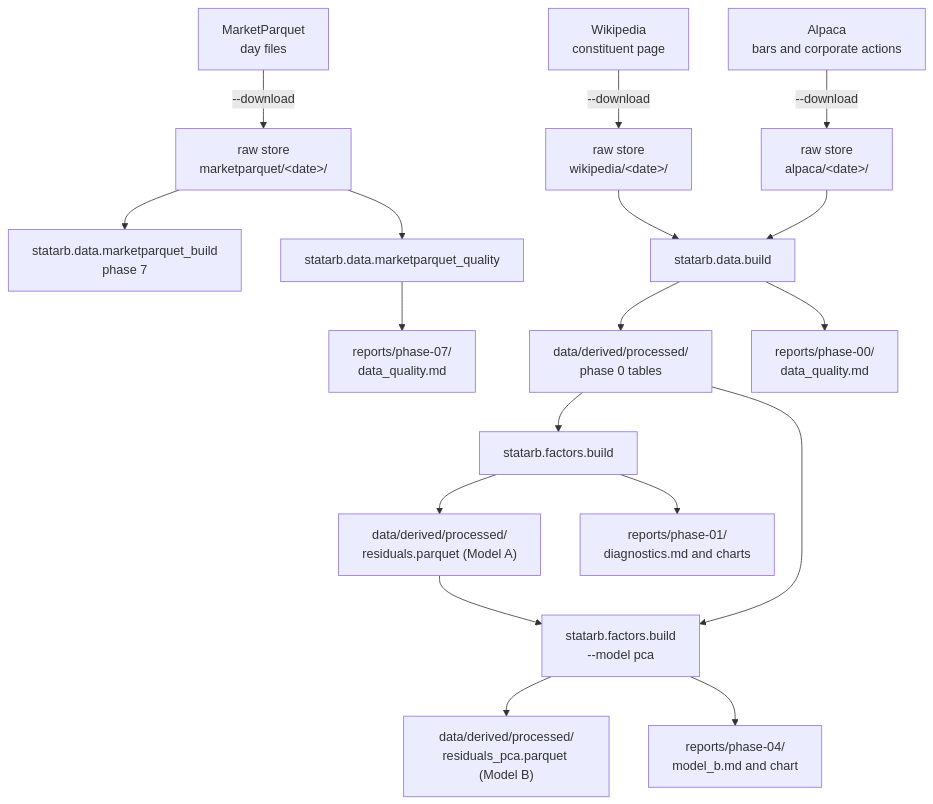
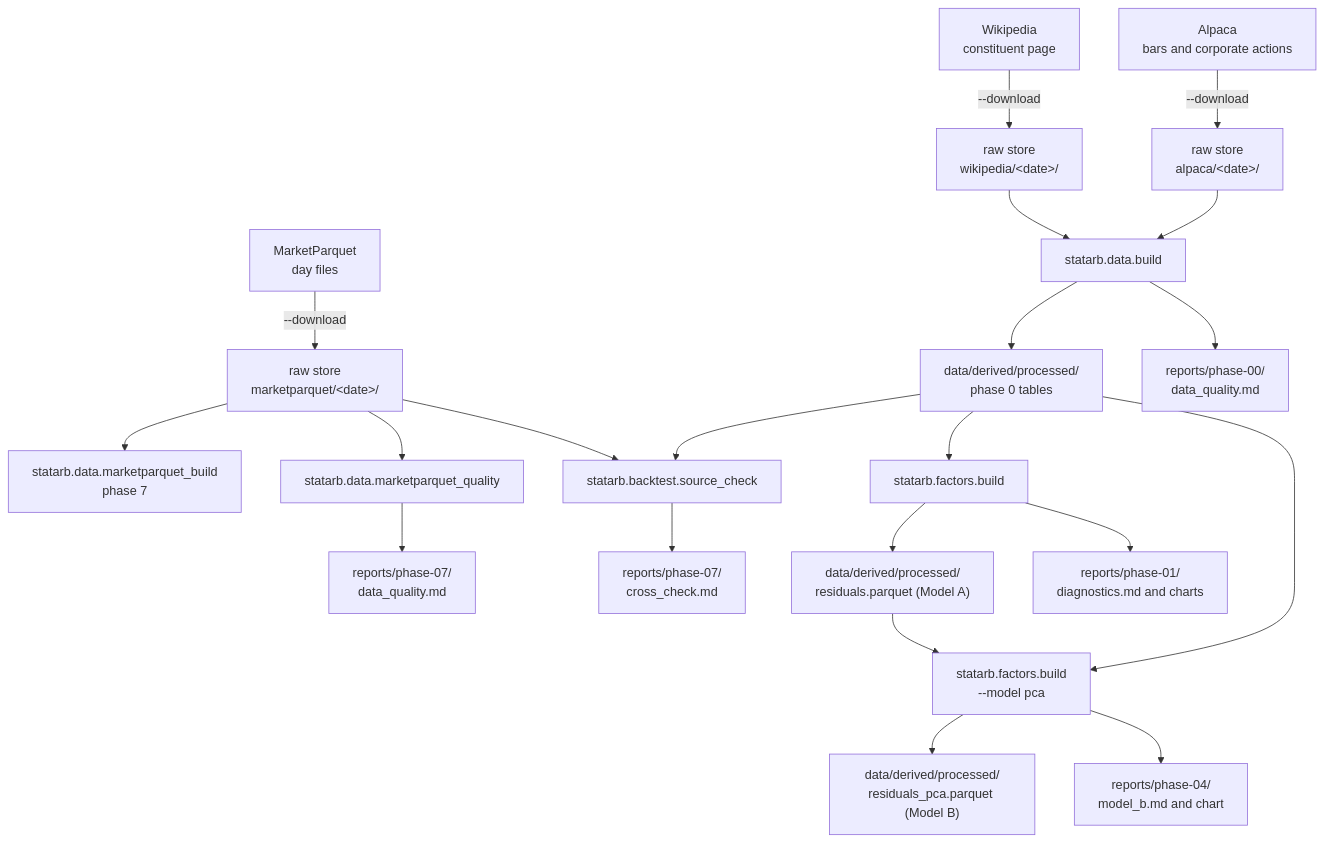
One commit to tcrossland/stat-arb-from-scratch changed the first of 3 diagrams in docs/architecture.md. Above: the diagram before and after it, drawn with Mermaid. The commit also changed other lines of this file and 10 other files, not shown here.

First line of the commit message:
feat(data): cross-check MarketParquet against Alpaca on existing names

````diff
--- a/docs/architecture.md
+++ b/docs/architecture.md
@@ -9,20 +9,23 @@
 ```mermaid
 flowchart TB
     W["Wikipedia<br/>constituent page"] -->|--download| RW["raw store<br/>wikipedia/&lt;date&gt;/"]
     A["Alpaca<br/>bars and corporate actions"] -->|--download| RA["raw store<br/>alpaca/&lt;date&gt;/"]
     M["MarketParquet<br/>day files"] -->|--download| RM["raw store<br/>marketparquet/&lt;date&gt;/"]
     RM --> MB["statarb.data.marketparquet_build<br/>phase 7"]
     RM --> MQ["statarb.data.marketparquet_quality"]
     MQ --> QM["reports/phase-07/<br/>data_quality.md"]
+    RM --> SC["statarb.backtest.source_check"]
+    P --> SC
+    SC --> XC["reports/phase-07/<br/>cross_check.md"]
     RW --> B["statarb.data.build"]
     RA --> B
     B --> P["data/derived/processed/<br/>phase 0 tables"]
     B --> Q["reports/phase-00/<br/>data_quality.md"]
     P --> F["statarb.factors.build"]
     F --> RS["data/derived/processed/<br/>residuals.parquet (Model A)"]
     F --> FR["reports/phase-01/<br/>diagnostics.md and charts"]
     RS --> FB["statarb.factors.build<br/>--model pca"]
     P --> FB
     FB --> RB["data/derived/processed/<br/>residuals_pca.parquet (Model B)"]
     FB --> FBR["reports/phase-04/<br/>model_b.md and chart"]
 ```
````
